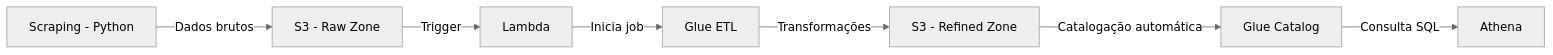
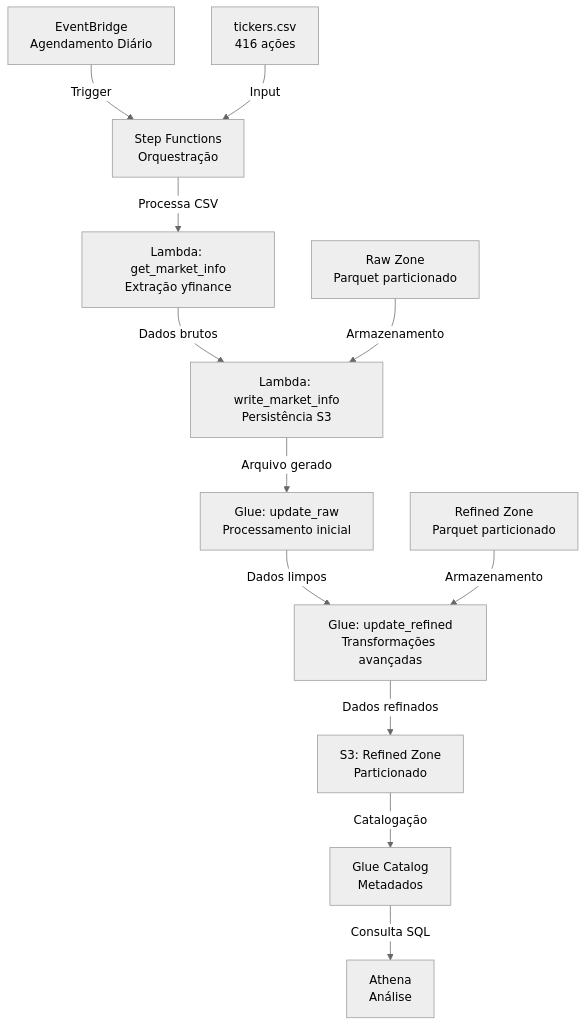
One commit to hashtegner/cashflow changed the diagram in README.md. Above: the diagram before and after it, drawn with Mermaid (neutral theme). The commit also changed other lines of this file, not shown here.

````diff
--- a/README.md
+++ b/README.md
@@ -31,9 +57,15 @@
 ```mermaid
-flowchart LR
-    A[Scraping - Python] -->|Dados brutos| B[S3 - Raw Zone]
-    B -->|Trigger| C[Lambda]
-    C -->|Inicia job| D[Glue ETL]
-    D -->|Transformações| E[S3 - Refined Zone]
-    E -->|Catalogação automática| F[Glue Catalog]
-    F -->|Consulta SQL| G[Athena]
+flowchart TD
+    A[EventBridge<br/>Agendamento Diário] -->|Trigger| B[Step Functions<br/>Orquestração]
+    B -->|Processa CSV| C[Lambda: get_market_info<br/>Extração yfinance]
+    C -->|Dados brutos| D[Lambda: write_market_info<br/>Persistência S3]
+    D -->|Arquivo gerado| E[Glue: update_raw<br/>Processamento inicial]
+    E -->|Dados limpos| F[Glue: update_refined<br/>Transformações avançadas]
+    F -->|Dados refinados| G[S3: Refined Zone<br/>Particionado]
+    G -->|Catalogação| H[Glue Catalog<br/>Metadados]
+    H -->|Consulta SQL| I[Athena<br/>Análise]
+
+    J[tickers.csv<br/>416 ações] -->|Input| B
+    K[Raw Zone<br/>Parquet particionado] -->|Armazenamento| D
+    L[Refined Zone<br/>Parquet particionado] -->|Armazenamento| F
 ```
````
